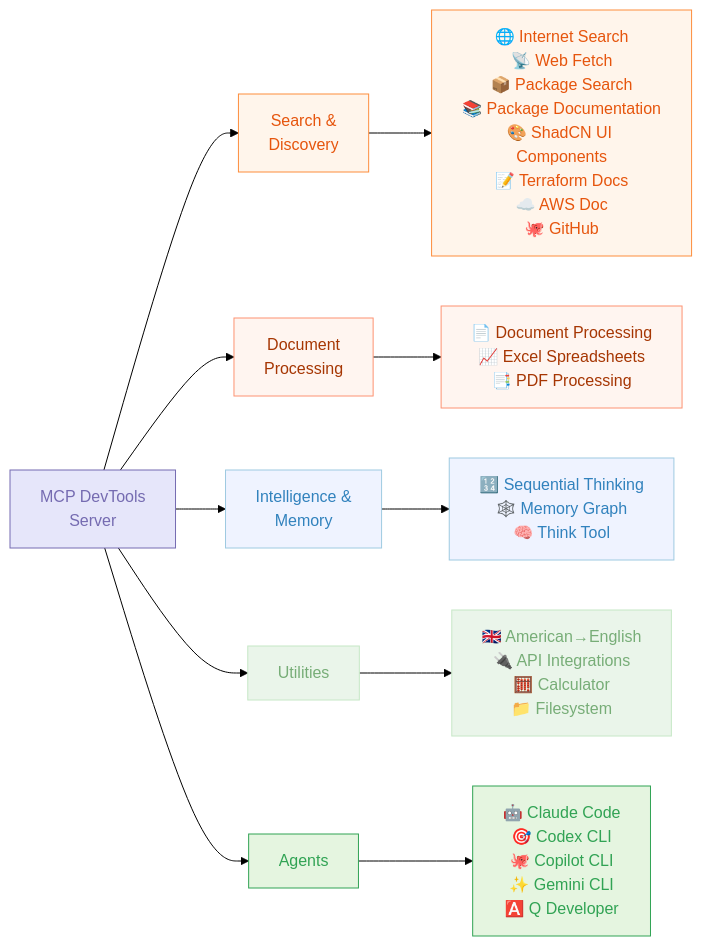
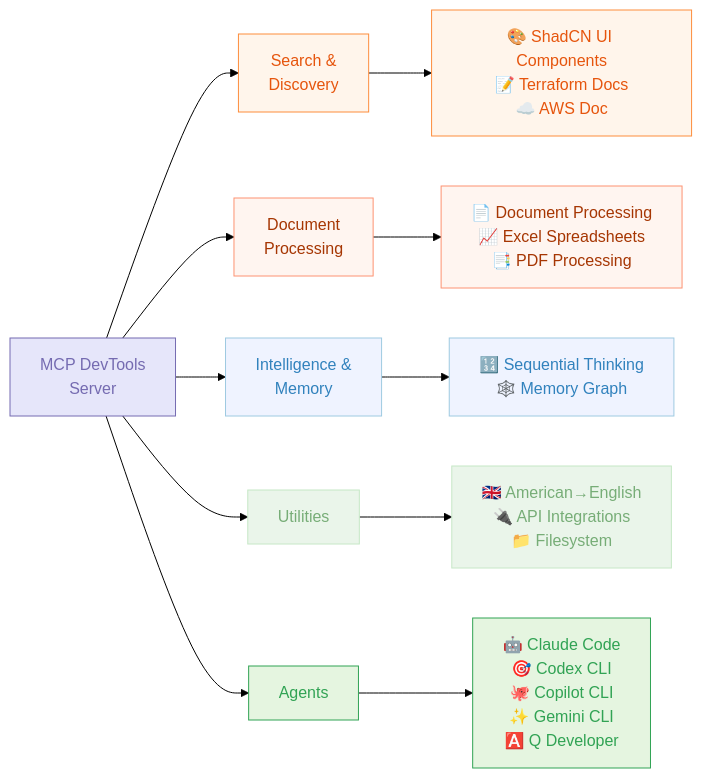
One commit to sammcj/mcp-devtools changed the second of 2 diagrams in README.md. Above: the diagram before and after it, drawn with Mermaid (forest theme). The commit also changed other lines of this file and 40 other files, not shown here.

````diff
--- a/README.md
+++ b/README.md
@@ -5,39 +34,34 @@
 ```mermaid
 graph LR
     A[MCP DevTools<br>Server]
 
     A --> B[Search &<br>Discovery]
     A --> C[Document<br>Processing]
     A --> E[Intelligence &<br>Memory]
     A --> F[Utilities]
     A --> G[Agents]
 
-    B --> B_Tools[🌐 Internet Search<br>📡 Web Fetch<br>📦 Package Search<br>📚 Package Documentation<br>🎨 ShadCN UI Components<br>📝 Terraform Docs<br>☁️ AWS Doc<br>🐙 GitHub]
+    B --> B_Tools[🎨 ShadCN UI Components<br>📝 Terraform Docs<br>☁️ AWS Doc]
 
     C --> C_Tools[📄 Document Processing<br>📈 Excel Spreadsheets<br>📑 PDF Processing]
 
-    E --> E_Tools[🔢 Sequential Thinking<br>🕸️ Memory Graph<br>🧠 Think Tool]
+    E --> E_Tools[🔢 Sequential Thinking<br>🕸️ Memory Graph]
 
-    F --> F_Tools[🇬🇧 American→English<br>🔌 API Integrations<br>🧮 Calculator<br>📁 Filesystem]
+    F --> F_Tools[🇬🇧 American→English<br>🔌 API Integrations<br>📁 Filesystem]
 
     G --> G_Tools[🤖 Claude Code<br>🎯 Codex CLI<br>🐙 Copilot CLI<br>✨ Gemini CLI<br>🅰️ Q Developer]
 
-    classDef inputOutput fill:#FEE0D2,stroke:#E6550D,color:#E6550D
+    classDef components fill:#E6E6FA,stroke:#756BB1,color:#756BB1
     classDef llm fill:#E5F5E0,stroke:#31A354,color:#31A354
-    classDef components fill:#E6E6FA,stroke:#756BB1,color:#756BB1
     classDef process fill:#EAF5EA,stroke:#C6E7C6,color:#77AD77
-    classDef stop fill:#E5E1F2,stroke:#C7C0DE,color:#8471BF
     classDef data fill:#EFF3FF,stroke:#9ECAE1,color:#3182BD
     classDef decision fill:#FFF5EB,stroke:#FD8D3C,color:#E6550D
-    classDef storage fill:#F2F0F7,stroke:#BCBDDC,color:#756BB1
     classDef api fill:#FFF5F0,stroke:#FD9272,color:#A63603
-    classDef error fill:#FCBBA1,stroke:#FB6A4A,color:#CB181D
 
     class A components
     class B,B_Tools decision
     class C,C_Tools api
-    class D,D_Tools error
     class E,E_Tools data
     class F,F_Tools process
     class G,G_Tools llm
 ```
````
